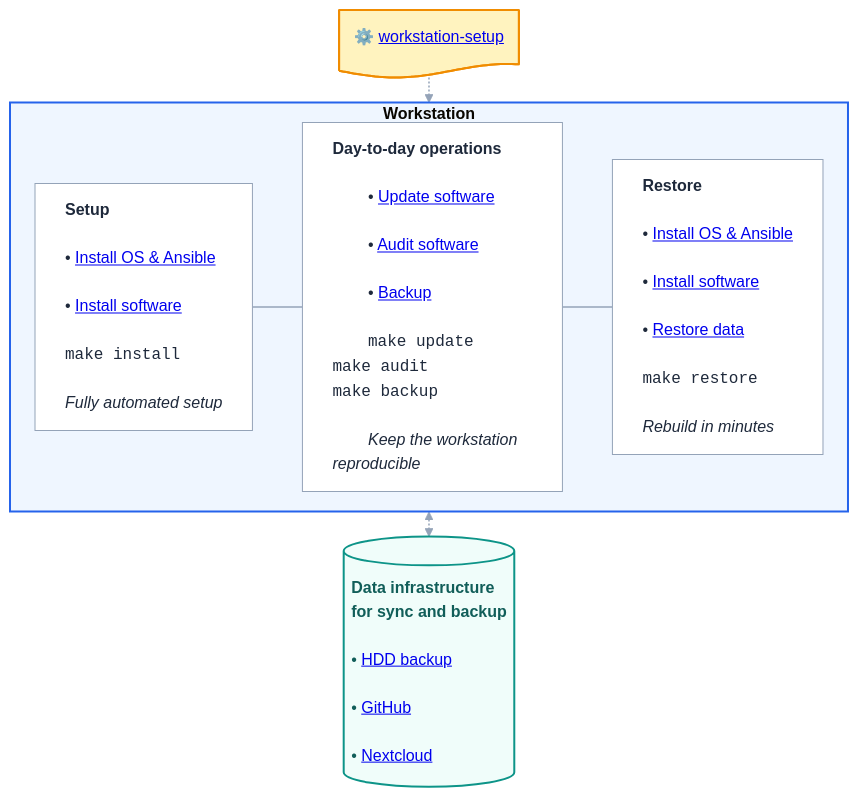
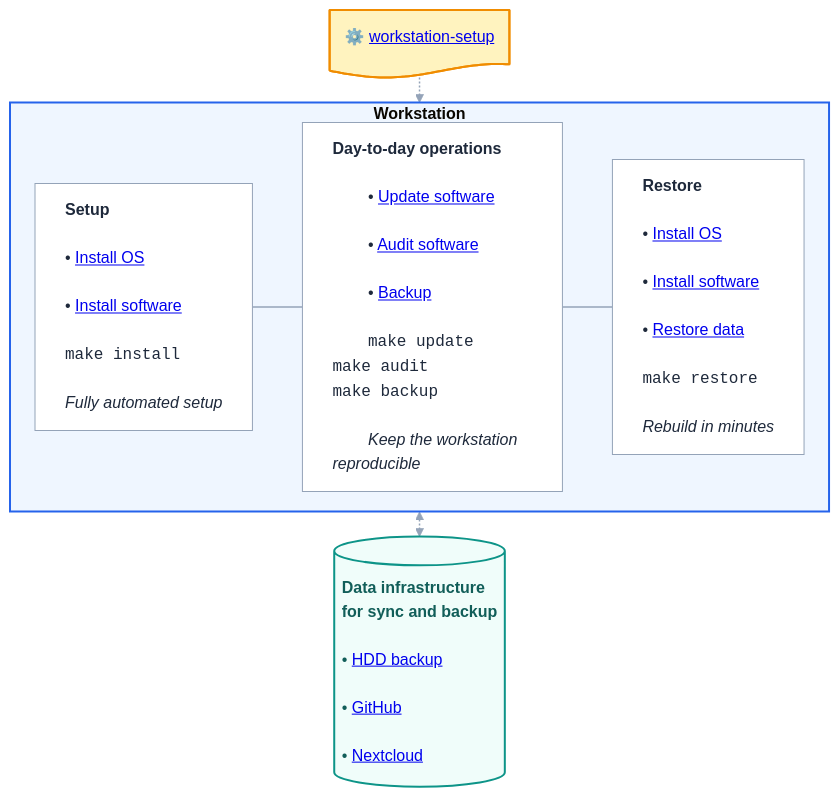
The diagram in docs/index.qmd (fs-ise/workstation-setup), drawn with Mermaid before and after one commit. The commit also changed 8 other files, not shown here.

Commit message:
integrate ansible installation in make install/deps

````diff
--- a/docs/index.qmd
+++ b/docs/index.qmd
@@ -8,68 +8,68 @@
 ```{mermaid}
 %%| fig-align: center
 ---
 config:
   theme: base
   themeCSS: |-
     .node { color-scheme: light dark; }
 
     .nodeLabel { line-height: 1.15 !important; }
 ---
 %%{init: {"flowchart":{"rankSpacing":25,"nodeSpacing":20,"curve":"linear","htmlLabels":true}}}%%
 flowchart TB
 
     %% Top: Configuration recipe
     A@{ shape: doc, label: "⚙️ <a href='https://github.com/fs-ise/workstation-setup'>workstation-setup</a><br/>" }
 
     %% Middle: Workstation lifecycle
     subgraph WS["<strong>Workstation</strong>"]
         direction LR
 
         Setup["<strong>Setup</strong><br/>
-        • <a href='install_os.html'>Install OS & Ansible</a><br/>
+        • <a href='install_os.html'>Install OS</a><br/>
         • <a href='install_software.html'>Install software</a><br/>
         <span style='font-family:monospace;'>make install</span><br/>
         <i>Fully automated setup</i>"]
 
         Daily["<strong>Day-to-day operations</strong><br/>
         • <a href='update_software.html'>Update software</a><br/>
         • <a href='update_software.html#audit'>Audit software</a><br/>
         • <a href='backup.html'>Backup</a><br/>
         <span style='font-family:monospace;'>make update<br/>make audit<br/>make backup</span><br/>
         <i>Keep the workstation reproducible</i>"]
 
         Restore["<strong>Restore</strong><br/>
-        • <a href='install_os.html'>Install OS & Ansible</a><br/>
+        • <a href='install_os.html'>Install OS</a><br/>
         • <a href='install_software.html'>Install software</a><br/>
         • <a href='restore.html#data'>Restore data</a><br/>
         <span style='font-family:monospace;'>make restore</span><br/>
         <i>Rebuild in minutes</i>"]
 
         %% Invisible links enforce left-to-right ordering
         Setup ~~~ Daily ~~~ Restore
     end
 
     %% Bottom: Shared data infrastructure
     DATA[("<strong>Data infrastructure<br/>for sync and backup</strong><br/>
     • <a href='backup.html#hdd-backup'>HDD backup</a><br/>
     • <a href='backup.html#github'>GitHub</a><br/>
     • <a href='backup.html#nextcloud'>Nextcloud</a>")]
 
     %% External connections
     A -.-> WS
     WS <-.-> DATA
 
     %% Node styles
     classDef ansible fill:#fff3bf,stroke:#f08c00,stroke-width:2px,color:#1e293b;
     classDef phase fill:#ffffff,stroke:#94a3b8,stroke-width:1px,color:#1e293b,text-align:left;
     classDef storage fill:#f0fdfa,stroke:#0d9488,stroke-width:2px,color:#115e59,text-align:left;
 
     class A ansible;
     class Setup,Daily,Restore phase;
     class DATA storage;
 
     %% Workstation container
     style WS fill:#eff6ff,stroke:#2563eb,stroke-width:2px
 
     linkStyle default stroke:#94a3b8,stroke-width:1.5px
 ```
````
